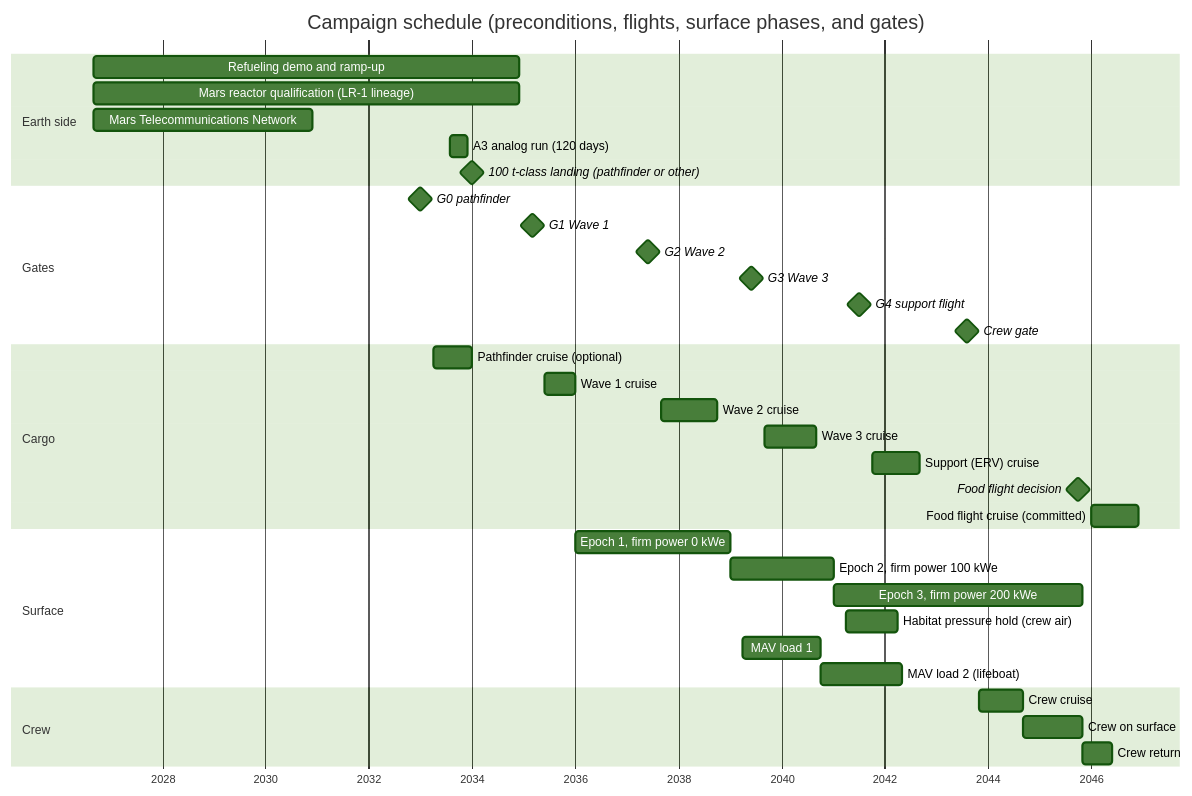
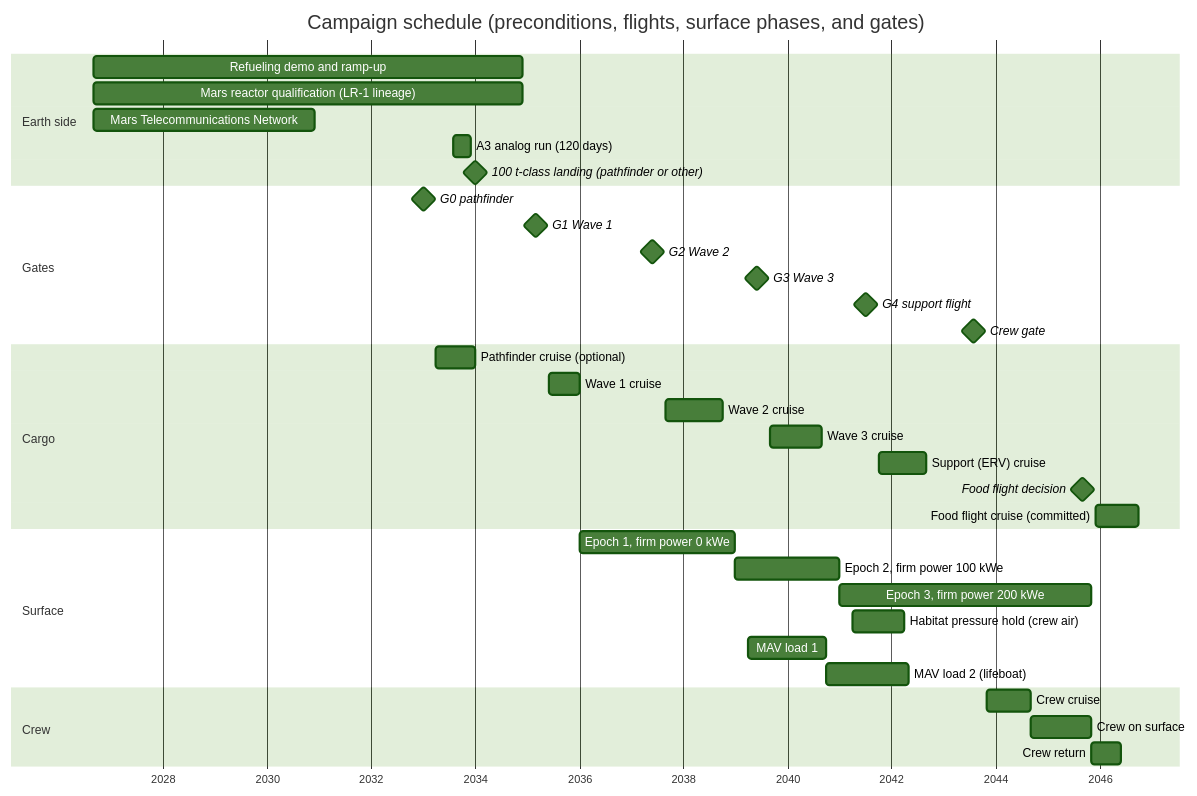
The diagram in 13. Timeline and gates.md (sagol/Fully-Autonomous-Initial-Mars-Colony), drawn with Mermaid (forest theme) before and after one commit. The commit also changed other lines of this file and 15 other files, not shown here.

Commit message:
answer the questions the gap research raised: food mass, food flight and next crew, replacement erv, crusher, reserve, grounding

````diff
--- a/13. Timeline and gates.md
+++ b/13. Timeline and gates.md
@@ -69,38 +69,38 @@
 ```mermaid
 gantt
     title Campaign schedule (preconditions, flights, surface phases, and gates)
     dateFormat YYYY-MM
     axisFormat %Y
     section Earth side
     Refueling demo and ramp-up        :2026-09, 2034-12
     Mars reactor qualification (LR-1 lineage) :2026-09, 2034-12
     Mars Telecommunications Network   :2026-09, 2030-12
     A3 analog run (120 days)          :2033-08, 2033-12
     100 t-class landing (pathfinder or other) :milestone, 2034-01, 0d
     section Gates
     G0 pathfinder                     :milestone, 2033-01, 0d
     G1 Wave 1                         :milestone, 2035-03, 0d
     G2 Wave 2                         :milestone, 2037-06, 0d
     G3 Wave 3                         :milestone, 2039-06, 0d
     G4 support flight                 :milestone, 2041-07, 0d
     Crew gate                         :milestone, 2043-08, 0d
     section Cargo
     Pathfinder cruise (optional)      :2033-04, 2034-01
     Wave 1 cruise                     :2035-06, 2036-01
     Wave 2 cruise                     :2037-09, 2038-10
     Wave 3 cruise                     :2039-09, 2040-09
     Support (ERV) cruise              :2041-10, 2042-09
-    Food flight decision              :milestone, 2045-10, 0d
-    Food flight cruise (committed)    :2046-01, 2046-12
+    Food flight decision              :milestone, 2045-09, 0d
+    Food flight cruise (committed)    :2045-12, 2046-10
     section Surface
     Epoch 1, firm power 0 kWe         :2036-01, 2039-01
     Epoch 2, firm power 100 kWe       :2039-01, 2041-01
     Epoch 3, firm power 200 kWe       :2041-01, 2045-11
     Habitat pressure hold (crew air)  :2041-04, 2042-04
     MAV load 1                        :2039-04, 2040-10
     MAV load 2 (lifeboat)             :2040-10, 2042-05
     section Crew
     Crew cruise                       :2043-11, 2044-09
     Crew on surface                   :2044-09, 2045-11
     Crew return                       :2045-11, 2046-06
 ```
````
